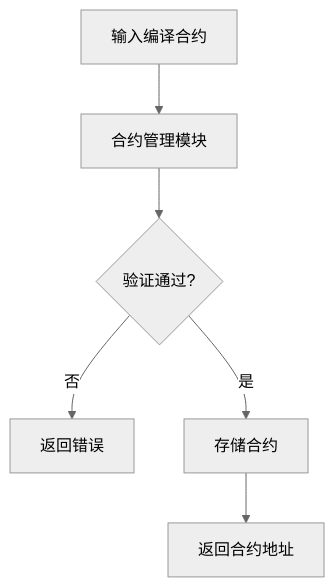
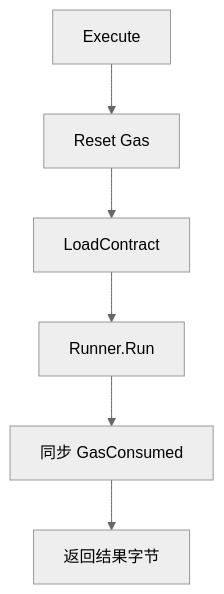
One commit to lengzhao/vm changed the second of 2 diagrams in docs/detailed_design/vm_engine_detailed_design.md. Above: the diagram before and after it, drawn with Mermaid (neutral theme). The commit also changed other lines of this file and 27 other files, not shown here.

````diff
--- a/docs/detailed_design/vm_engine_detailed_design.md
+++ b/docs/detailed_design/vm_engine_detailed_design.md
@@ -113,8 +41,8 @@
 ```mermaid
-graph TD
-A[输入编译合约] --> B[合约管理模块]
-B --> C{验证通过?}
-C --> |否| D[返回错误]
-C --> |是| E[存储合约]
-E --> F[返回合约地址]
+flowchart TD
+    A[Execute] --> B[Reset Gas]
+    B --> C[LoadContract]
+    C --> D[Runner.Run]
+    D --> E[同步 GasConsumed]
+    E --> F[返回结果字节]
 ```
````
